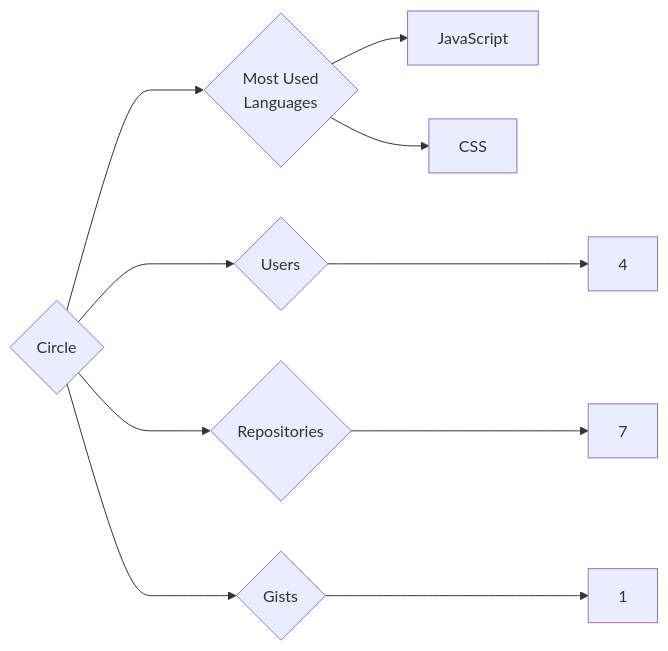
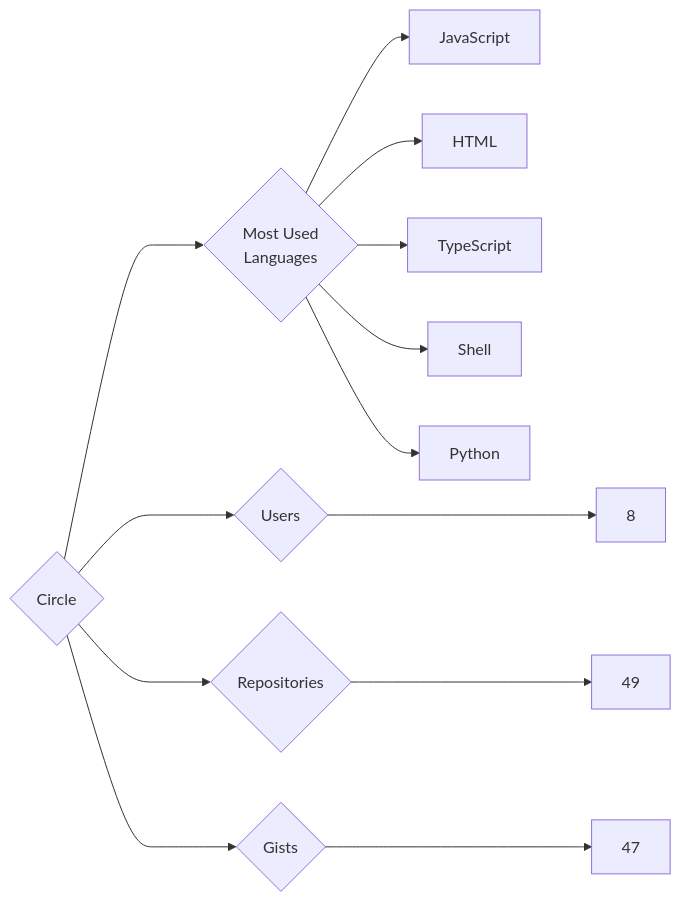
The diagram in targets/Circle/README.md (trickest/insiders), drawn with Mermaid before and after one commit. The commit also changed 1089 other files, not shown here.

````diff
--- a/targets/Circle/README.md
+++ b/targets/Circle/README.md
@@ -3,10 +3,13 @@
 ```mermaid
 graph LR
 COMPANY_NAME{Circle}
-COMPANY_NAME ---> U{Users} ---> UN[4]
-COMPANY_NAME ---> R{Repositories} ---> RN[7]
-COMPANY_NAME ---> G{Gists} ---> GN[1]
+COMPANY_NAME ---> U{Users} ---> UN[8]
+COMPANY_NAME ---> R{Repositories} ---> RN[49]
+COMPANY_NAME ---> G{Gists} ---> GN[47]
 COMPANY_NAME ---> ML{Most Used<br>Languages}
 ML --> JavaScript[JavaScript]
-ML --> CSS[CSS]
+ML --> HTML[HTML]
+ML --> TypeScript[TypeScript]
+ML --> Shell[Shell]
+ML --> Python[Python]
 ```
````
